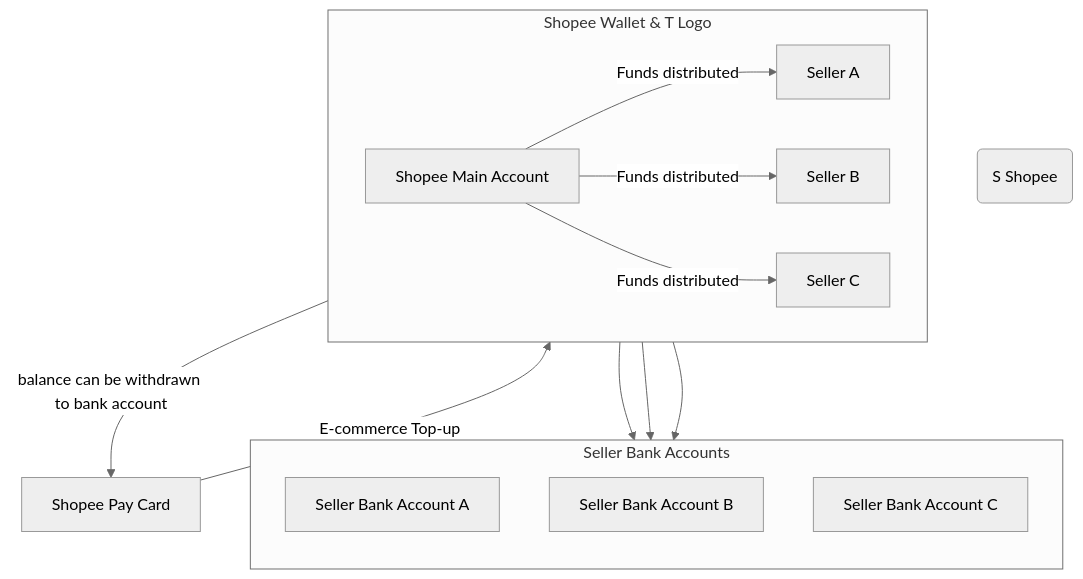
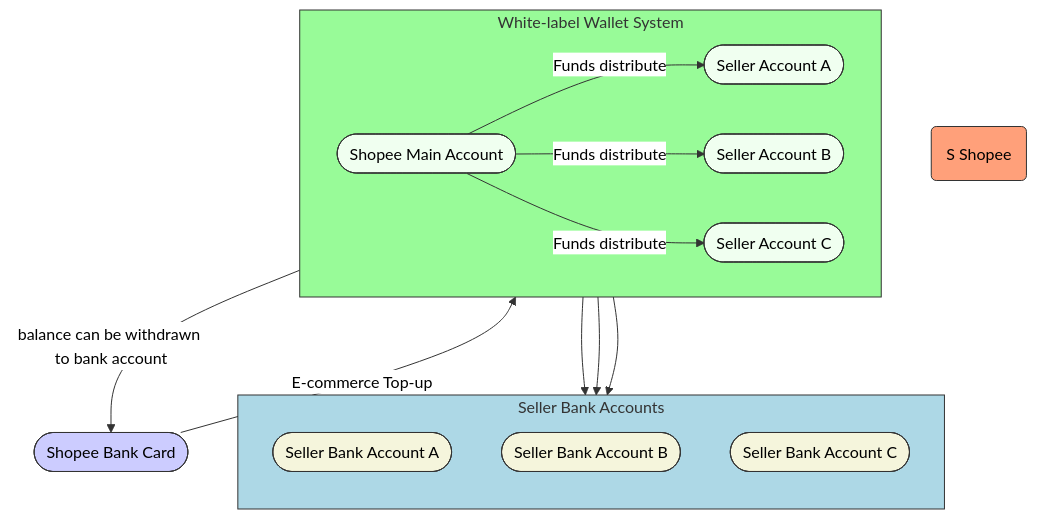
Before and after one commit to blaire101/data-warehouse-solutions: the second of 2 diagrams in README.md, drawn with Mermaid (neutral theme).

````diff
--- a/README.md
+++ b/README.md
@@ -84,39 +84,51 @@
 ```mermaid
 graph TD
-    %% Left side entities
+    %% Left side entities - Shopee above Shopee Bank Card
     Shopee(S Shopee)
-    ShopeePayCard[Shopee Pay Card]
+    style Shopee fill:#FFA07A,stroke:#333,stroke-width:2px %% Adjusted to comfortable orange-yellow
+    ShopeeBankCard([Shopee Bank Card])
+    style ShopeeBankCard fill:#ccf,stroke:#333,stroke-width:2px %% Keep light blue for the card
 
-    %% Central green box - Shopee Wallet / T
-    subgraph Shopee Wallet & T Logo
+    %% Central green box - White-label Official Wallet
+    subgraph SG_Wallet_T["White-label Wallet System"]
         direction LR %% Internal layout is more left-to-right
-        SMA[Shopee Main Account]
-        SA_A[Seller A]
-        SA_B[Seller B]
-        SA_C[Seller C]
+        style SG_Wallet_T fill:#98FB98,stroke:#333,stroke-width:2px %% Changed to light green
+        SMA([Shopee Main Account])
+        style SMA fill:#F0FFF0,stroke:#333,stroke-width:2px %% Keep very pale green
+        SA_A([Seller Account A])
+        style SA_A fill:#F0FFF0,stroke:#333,stroke-width:2px %% Keep very pale green
+        SA_B([Seller Account B])
+        style SA_B fill:#F0FFF0,stroke:#333,stroke-width:2px %% Keep very pale green
+        SA_C([Seller Account C])
+        style SA_C fill:#F0FFF0,stroke:#333,stroke-width:2px %% Keep very pale green
 
-        SMA -- "Funds distributed" --> SA_A
-        SMA -- "Funds distributed" --> SA_B
-        SMA -- "Funds distributed" --> SA_C
+        SMA -- "Funds distribute" --> SA_A
+        SMA -- "Funds distribute" --> SA_B
+        SMA -- "Funds distribute" --> SA_C
+        linkStyle 0,1,2 stroke:#333,stroke-width:1px
     end
 
-    %% Right green box - Seller Bank Accounts
-    subgraph Seller Bank Accounts
+    %% Right blue box - Seller Bank Accounts
+    subgraph SG_SellerBanks["Seller Bank Accounts"]
         direction TB %% Internal layout is top-to-bottom
-        SBA_A[Seller Bank Account A]
-        SBA_B[Seller Bank Account B]
-        SBA_C[Seller Bank Account C]
+        style SG_SellerBanks fill:#ADD8E6,stroke:#333,stroke-width:2px %% Changed to light blue
+        SBA_A([Seller Bank Account A])
+        style SBA_A fill:#F5F5DC,stroke:#333,stroke-width:2px %% Keep beige
+        SBA_B([Seller Bank Account B])
+        style SBA_B fill:#F5F5DC,stroke:#333,stroke-width:2px %% Keep beige
+        SBA_C([Seller Bank Account C])
+        style SBA_C fill:#F5F5DC,stroke:#333,stroke-width:2px %% Keep beige
     end
 
     %% Connections between main sections
-    SMA --> |balance can be withdrawn to bank account| ShopeePayCard
-    ShopeePayCard --> |E-commerce Top-up| SMA
+    ShopeeBankCard --> |E-commerce Top-up| SMA
+    linkStyle 3 stroke:#333,stroke-width:1px,color:#000
+
+    SMA --> |balance can be withdrawn to bank account| ShopeeBankCard
+    linkStyle 4 stroke:#333,stroke-width:1px,color:#000
 
     SA_A --> SBA_A
     SA_B --> SBA_B
     SA_C --> SBA_C
-
-    %% The 'Shopee' box on the far left appears as a brand association with the Shopee Pay Card
-    %% but does not have explicit flow arrows to other parts of the diagram in the original.
-    %% Therefore, it is represented as a standalone node here.
+    linkStyle 5,6,7 stroke:#333,stroke-width:1px
 ```
````
